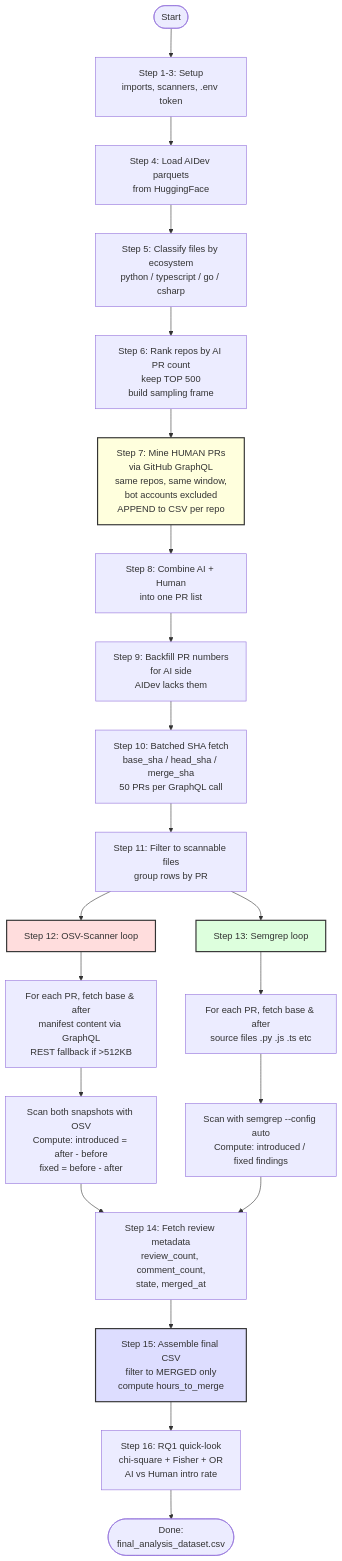
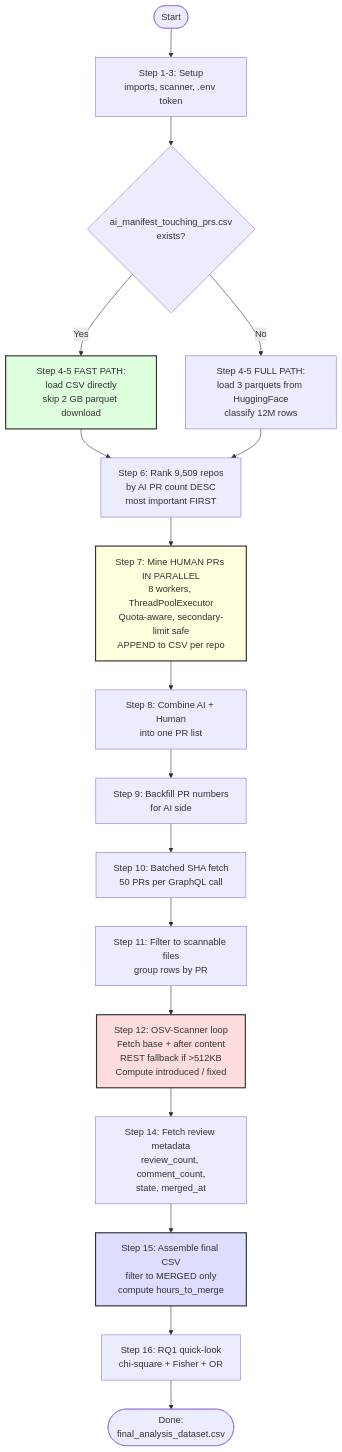
One commit to abhinandanshrestha/human-vs-ai-pr changed the diagram in README.md. Above: the diagram before and after it, drawn with Mermaid. The commit also changed other lines of this file, not shown here.

````diff
--- a/README.md
+++ b/README.md
@@ -125,36 +169,31 @@
 ```mermaid
 flowchart TD
-    Start([Start]) --> Setup[Step 1-3: Setup<br/>imports, scanners, .env token]
-    Setup --> Load[Step 4: Load AIDev parquets<br/>from HuggingFace]
-    Load --> Classify[Step 5: Classify files by ecosystem<br/>python / typescript / go / csharp]
-    Classify --> Frame[Step 6: Rank repos by AI PR count<br/>keep TOP 500<br/>build sampling frame]
+    Start([Start]) --> Setup[Step 1-3: Setup<br/>imports, scanner, .env token]
+    Setup --> Check{ai_manifest_touching_prs.csv<br/>exists?}
+    Check -- Yes --> FastPath[Step 4-5 FAST PATH:<br/>load CSV directly<br/>skip 2 GB parquet download]
+    Check -- No --> SlowPath[Step 4-5 FULL PATH:<br/>load 3 parquets from HuggingFace<br/>classify 12M rows]
+    FastPath --> Rank
+    SlowPath --> Rank
+    Rank[Step 6: Rank 9,509 repos<br/>by AI PR count DESC<br/>most important FIRST]
 
-    Frame --> MineHuman[Step 7: Mine HUMAN PRs<br/>via GitHub GraphQL<br/>same repos, same window,<br/>bot accounts excluded<br/>APPEND to CSV per repo]
+    Rank --> MineHuman[Step 7: Mine HUMAN PRs IN PARALLEL<br/>8 workers, ThreadPoolExecutor<br/>Quota-aware, secondary-limit safe<br/>APPEND to CSV per repo]
 
     MineHuman --> Combine[Step 8: Combine AI + Human<br/>into one PR list]
-    Combine --> Numbers[Step 9: Backfill PR numbers<br/>for AI side<br/>AIDev lacks them]
-    Numbers --> SHAs[Step 10: Batched SHA fetch<br/>base_sha / head_sha / merge_sha<br/>50 PRs per GraphQL call]
+    Combine --> Numbers[Step 9: Backfill PR numbers<br/>for AI side]
+    Numbers --> SHAs[Step 10: Batched SHA fetch<br/>50 PRs per GraphQL call]
 
     SHAs --> Filter[Step 11: Filter to scannable files<br/>group rows by PR]
 
-    Filter --> OSV[Step 12: OSV-Scanner loop]
-    Filter --> SG[Step 13: Semgrep loop]
+    Filter --> OSV[Step 12: OSV-Scanner loop<br/>Fetch base + after content<br/>REST fallback if >512KB<br/>Compute introduced / fixed]
 
-    OSV --> OSVFetch[For each PR, fetch base & after<br/>manifest content via GraphQL<br/>REST fallback if >512KB]
-    OSVFetch --> OSVScan[Scan both snapshots with OSV<br/>Compute: introduced = after - before<br/>fixed = before - after]
-
-    SG --> SGFetch[For each PR, fetch base & after<br/>source files .py .js .ts etc]
-    SGFetch --> SGScan[Scan with semgrep --config auto<br/>Compute: introduced / fixed findings]
-
-    OSVScan --> Review[Step 14: Fetch review metadata<br/>review_count, comment_count,<br/>state, merged_at]
-    SGScan --> Review
+    OSV --> Review[Step 14: Fetch review metadata<br/>review_count, comment_count,<br/>state, merged_at]
 
     Review --> Final[Step 15: Assemble final CSV<br/>filter to MERGED only<br/>compute hours_to_merge]
-    Final --> RQ1[Step 16: RQ1 quick-look<br/>chi-square + Fisher + OR<br/>AI vs Human intro rate]
+    Final --> RQ1[Step 16: RQ1 quick-look<br/>chi-square + Fisher + OR]
     RQ1 --> End([Done:<br/>final_analysis_dataset.csv])
 
+    style FastPath fill:#dfd,stroke:#333,stroke-width:2px
     style MineHuman fill:#ffd,stroke:#333,stroke-width:2px
     style OSV fill:#fdd,stroke:#333,stroke-width:2px
-    style SG fill:#dfd,stroke:#333,stroke-width:2px
     style Final fill:#ddf,stroke:#333,stroke-width:2px
 ```
````
